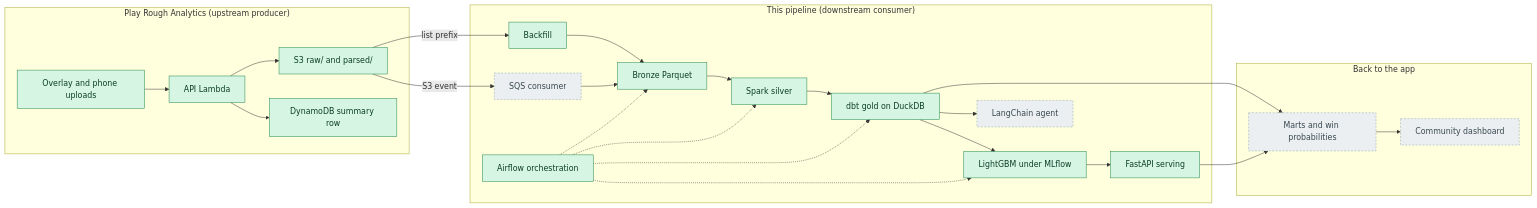
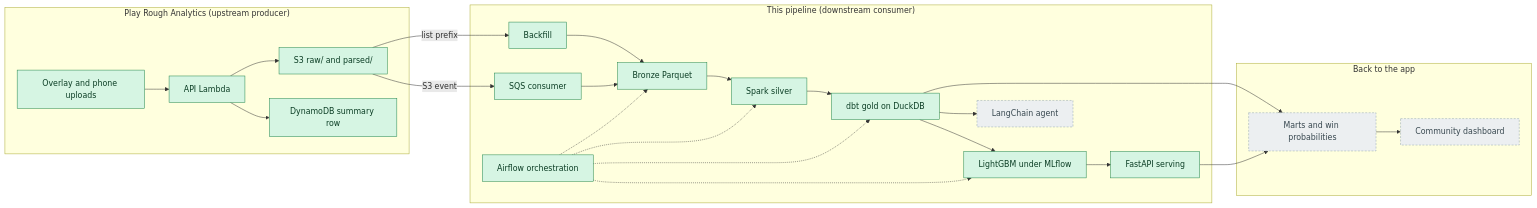
Before and after one commit to emilioorozco/pokemon-meta-pipeline: the diagram in README.md, drawn with Mermaid.

Commit message:
Mark the SQS consumer as live in the diagram; point .env.op at the prod queue

````diff
--- a/README.md
+++ b/README.md
@@ -17,47 +17,47 @@
 ```mermaid
 flowchart LR
   subgraph APP["Play Rough Analytics (upstream producer)"]
     UP["Overlay and phone uploads"]
     API["API Lambda"]
     S3["S3 raw/ and parsed/"]
     DDB["DynamoDB summary row"]
     UP --> API
     API --> S3
     API --> DDB
   end
   subgraph PIPE["This pipeline (downstream consumer)"]
     BF["Backfill"]
     SQS["SQS consumer"]
     BRZ["Bronze Parquet"]
     SLV["Spark silver"]
     GLD["dbt gold on DuckDB"]
     MDL["LightGBM under MLflow"]
     SRV["FastAPI serving"]
     AGT["LangChain agent"]
     AIR["Airflow orchestration"]
     BF --> BRZ
     SQS --> BRZ
     BRZ --> SLV
     SLV --> GLD
     GLD --> MDL
     MDL --> SRV
     GLD --> AGT
     AIR -.-> BRZ
     AIR -.-> SLV
     AIR -.-> GLD
     AIR -.-> MDL
   end
   subgraph BACK["Back to the app"]
     PUB["Marts and win probabilities"]
     DASH["Community dashboard"]
     PUB --> DASH
   end
   S3 -- "list prefix" --> BF
   S3 -- "S3 event" --> SQS
   GLD --> PUB
   SRV --> PUB
   classDef done fill:#d6f5e3,stroke:#1e8449,color:#0b3d24
   classDef planned fill:#eceff1,stroke:#90a4ae,stroke-dasharray:4 3,color:#37474f
-  class UP,API,S3,DDB,BF,BRZ,SLV,GLD,MDL,SRV,AIR done
-  class SQS,AGT,PUB,DASH planned
+  class UP,API,S3,DDB,BF,SQS,BRZ,SLV,GLD,MDL,SRV,AIR done
+  class AGT,PUB,DASH planned
 ```
````
